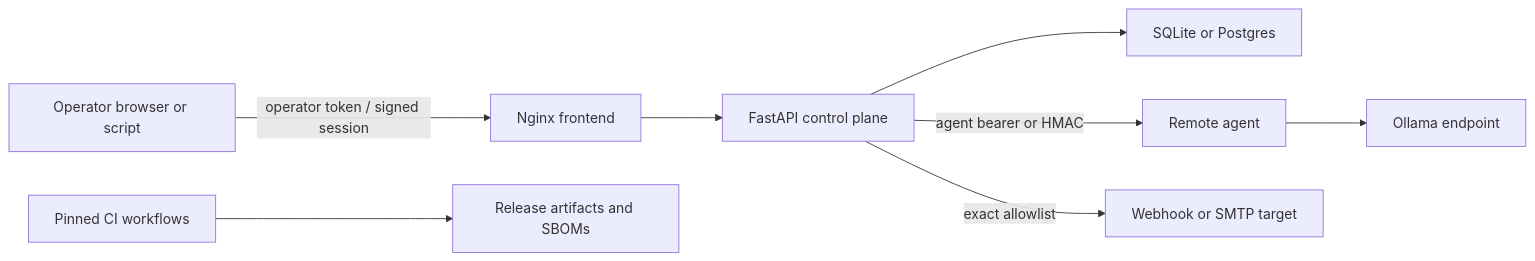
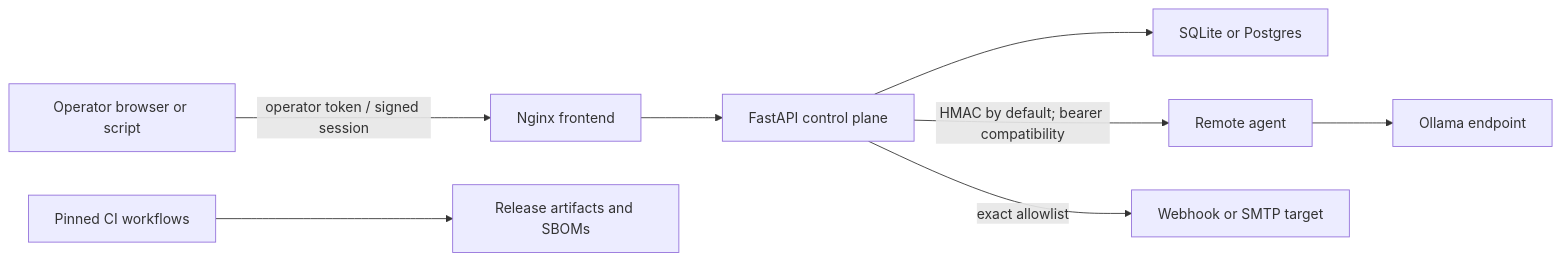
Before and after one commit to jbright471/Vantage: the diagram in docs/security/THREAT_MODEL.md, drawn with Mermaid. The commit also changed other lines of this file and 85 other files, not shown here.

````diff
--- a/docs/security/THREAT_MODEL.md
+++ b/docs/security/THREAT_MODEL.md
@@ -9,10 +9,10 @@
 ```mermaid
 flowchart LR
     U["Operator browser or script"] -->|"operator token / signed session"| N["Nginx frontend"]
     N --> B["FastAPI control plane"]
     B --> D["SQLite or Postgres"]
-    B -->|"agent bearer or HMAC"| A["Remote agent"]
+    B -->|"HMAC by default; bearer compatibility"| A["Remote agent"]
     A --> O["Ollama endpoint"]
     B -->|"exact allowlist"| X["Webhook or SMTP target"]
     G["Pinned CI workflows"] --> R["Release artifacts and SBOMs"]
 ```
````
